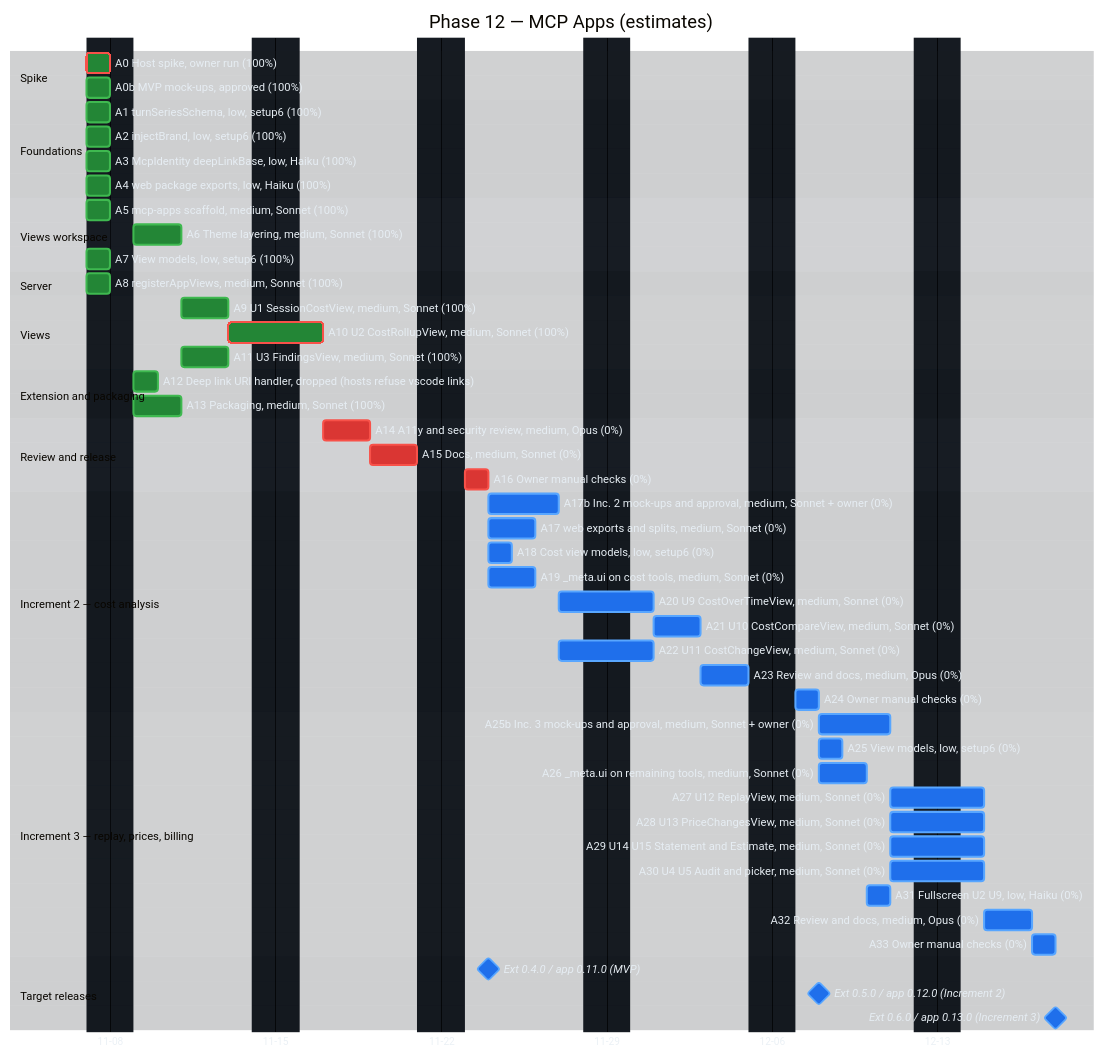
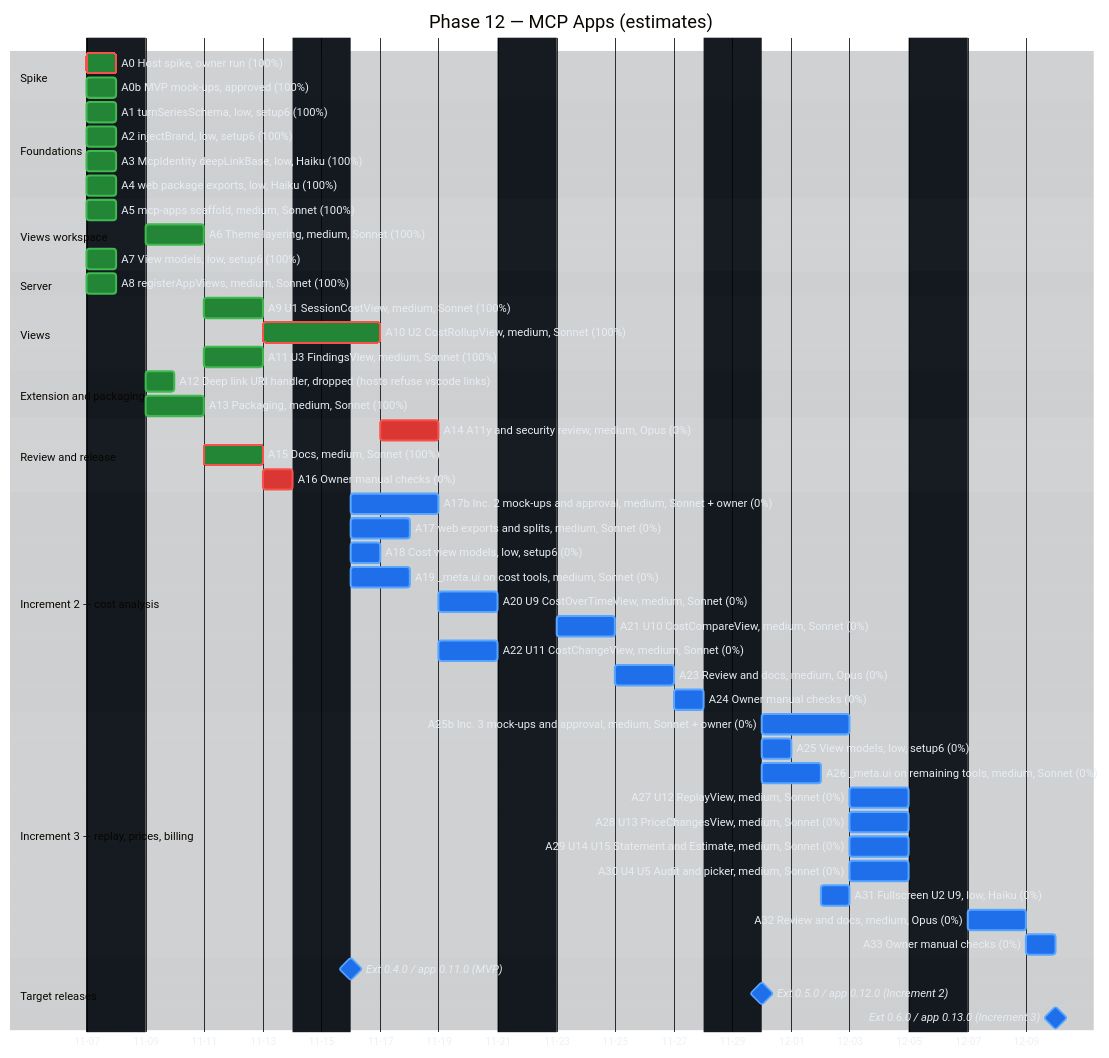
The second of 2 diagrams in docs/implementation-plan-gantt.md (raulkivi/agent-cost-analyzer), drawn with Mermaid before and after one commit. The commit also changed other lines of this file and 8 other files, not shown here.

```diff
--- a/docs/implementation-plan-gantt.md
+++ b/docs/implementation-plan-gantt.md
@@ -184,7 +184,7 @@
 
     section Review and release
     A14 A11y and security review, medium, Opus (0%) :crit, a14, after a9 a10 a11, 2d
-    A15 Docs, medium, Sonnet (0%)                :crit, a15, after a13 a14, 2d
+    A15 Docs, medium, Sonnet (100%)              :crit, done, a15, after a13, 2d
     A16 Owner manual checks (0%)                 :crit, a16, after a15, 1d
 
     section Increment 2 — cost analysis
```
